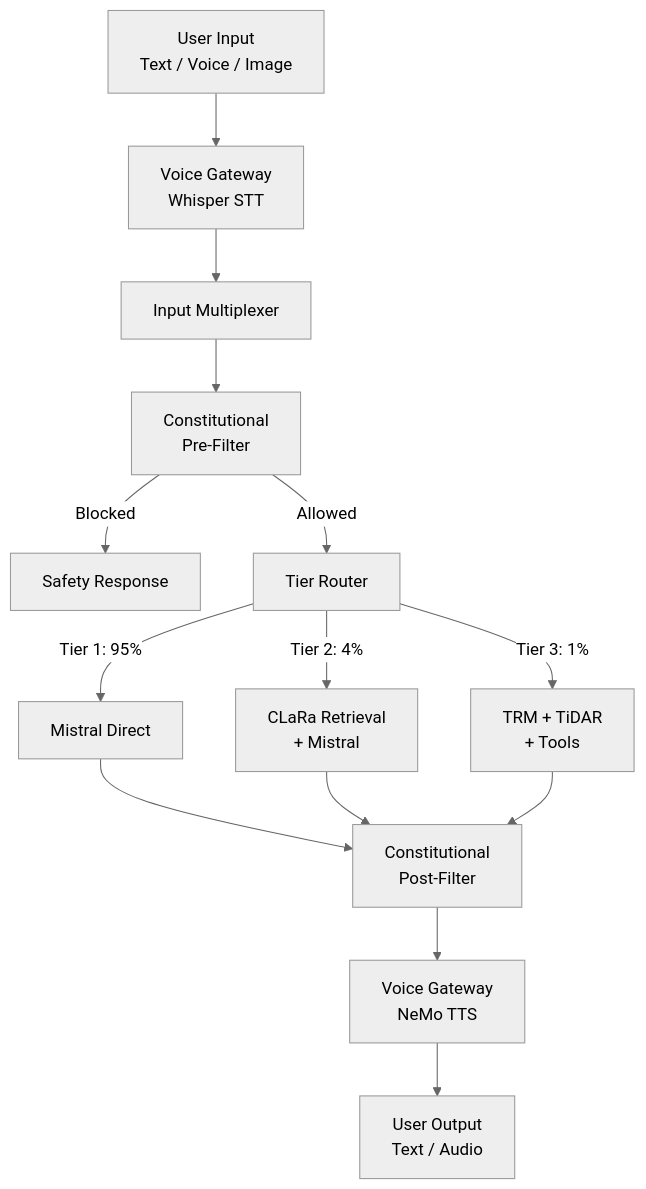
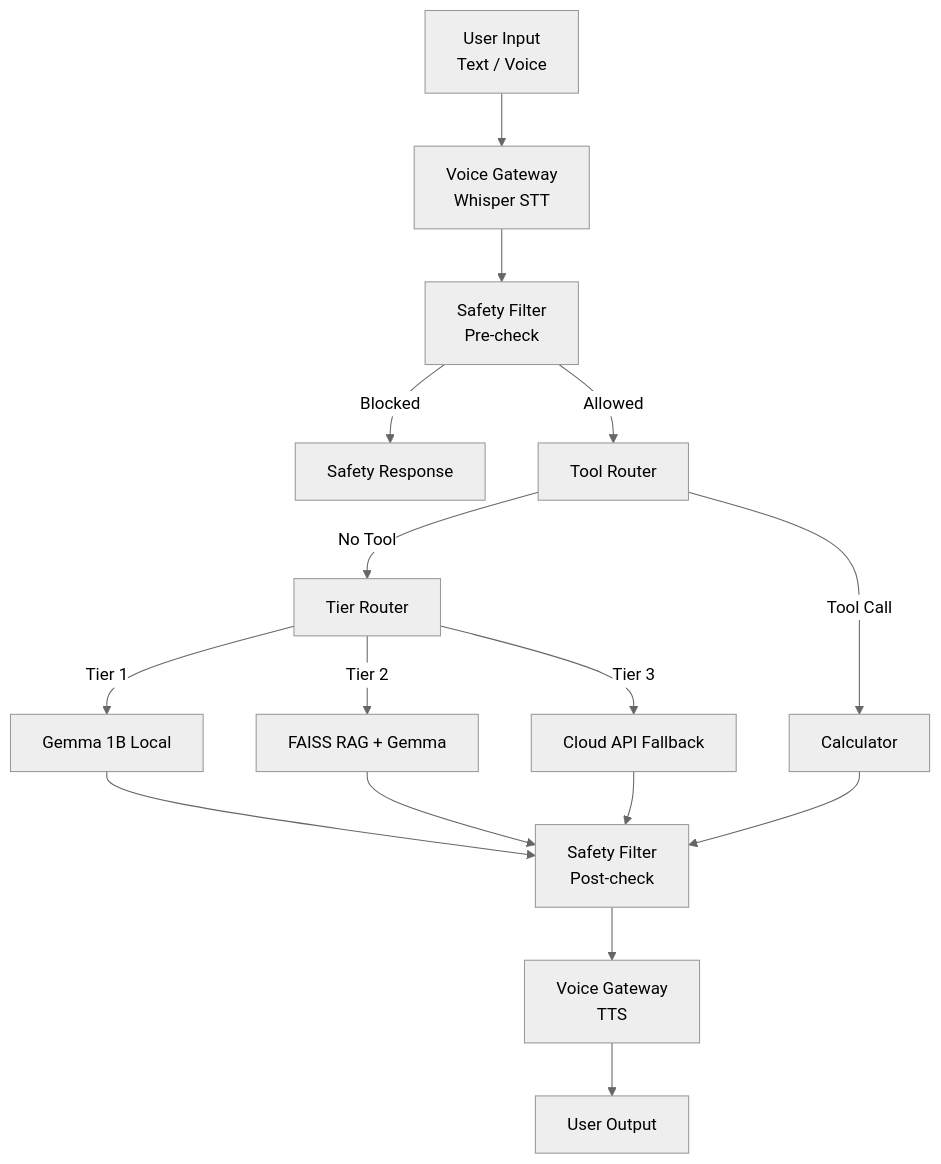
The diagram in Architecture.md (Alartist40/elara), drawn with Mermaid (neutral theme) before and after one commit. The commit also changed other lines of this file and 47 other files, not shown here.

First line of the commit message:
feat: Elara v2.0 Architecture Reset - Functional Implementation

````diff
--- a/Architecture.md
+++ b/Architecture.md
@@ -5,18 +5,22 @@
 ```mermaid
 graph TD
-    A[User Input<br/>Text / Voice / Image] --> B[Voice Gateway<br/>Whisper STT]
-    B --> C[Input Multiplexer]
-    C --> D[Constitutional<br/>Pre-Filter]
-    D -->|Blocked| X[Safety Response]
-    D -->|Allowed| E[Tier Router]
+    A[User Input<br/>Text / Voice] --> B[Voice Gateway<br/>Whisper STT]
+    B --> C[Safety Filter<br/>Pre-check]
+    C -->|Blocked| X[Safety Response]
+    C -->|Allowed| D[Tool Router]
 
-    E -->|Tier 1: 95%| F[Mistral Direct]
-    E -->|Tier 2: 4%| G[CLaRa Retrieval<br/>+ Mistral]
-    E -->|Tier 3: 1%| H[TRM + TiDAR<br/>+ Tools]
+    D -->|Tool Call| E[Calculator]
+    D -->|No Tool| F[Tier Router]
 
-    F --> I[Constitutional<br/>Post-Filter]
-    G --> I
-    H --> I
-    I --> J[Voice Gateway<br/>NeMo TTS]
-    J --> K[User Output<br/>Text / Audio]
+    F -->|Tier 1| G[Gemma 1B Local]
+    F -->|Tier 2| H[FAISS RAG + Gemma]
+    F -->|Tier 3| I[Cloud API Fallback]
+
+    G --> J[Safety Filter<br/>Post-check]
+    H --> J
+    I --> J
+    E --> J
+
+    J --> K[Voice Gateway<br/>TTS]
+    K --> L[User Output]
 ```
````
